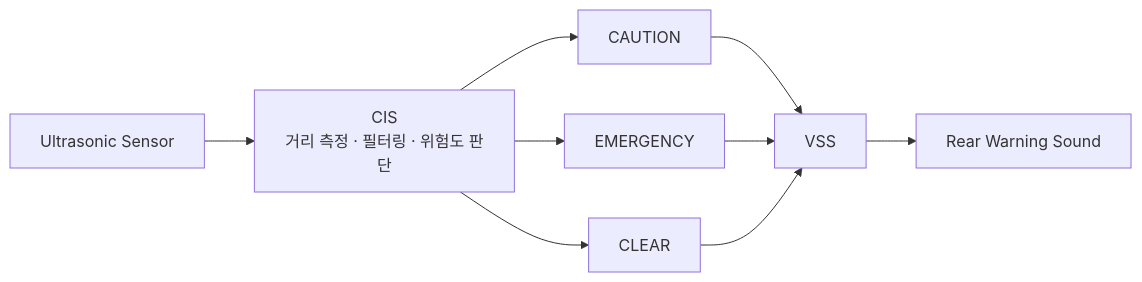
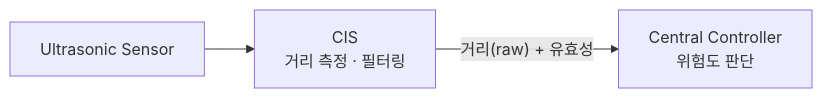
One commit to vehicle-domain-control-system/integrated-vehicle-control changed the second of 2 diagrams in docs/requirements/CIS/03_CIS_LOGICAL_INTERFACE_NEEDS_DRAFT.md. Above: the diagram before and after it, drawn with Mermaid. The commit also changed other lines of this file and 6 other files, not shown here.

First line of the commit message:
docs(cis): CIS는 중앙처리장치로만 raw 거리 전송, 위험 분류는 Central로 이관, 엔진룸 문구 삭제

````diff
--- a/docs/requirements/CIS/03_CIS_LOGICAL_INTERFACE_NEEDS_DRAFT.md
+++ b/docs/requirements/CIS/03_CIS_LOGICAL_INTERFACE_NEEDS_DRAFT.md
@@ -41,16 +39,9 @@
 ```mermaid
 flowchart LR
     US["Ultrasonic Sensor"]
-    CIS["CIS<br/>거리 측정 · 필터링 · 위험도 판단"]
-    CAU["CAUTION"]
-    EMG["EMERGENCY"]
-    CLR["CLEAR"]
-    VSSN["VSS"]
-    SOUND["Rear Warning Sound"]
+    CIS["CIS<br/>거리 측정 · 필터링"]
+    CENTRAL["Central Controller<br/>위험도 판단"]
 
     US --> CIS
-    CIS --> CAU --> VSSN
-    CIS --> EMG --> VSSN
-    CIS --> CLR --> VSSN
-    VSSN --> SOUND
+    CIS -->|"거리(raw) + 유효성"| CENTRAL
 ```
````
